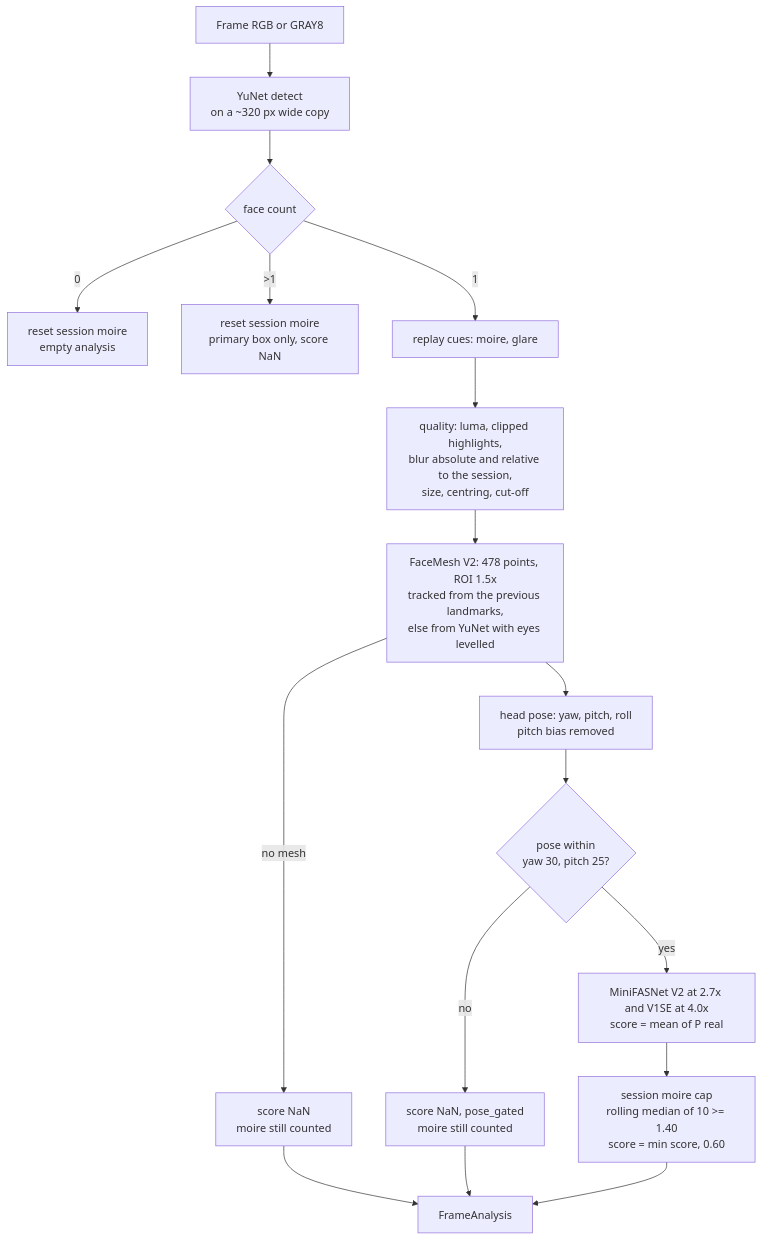
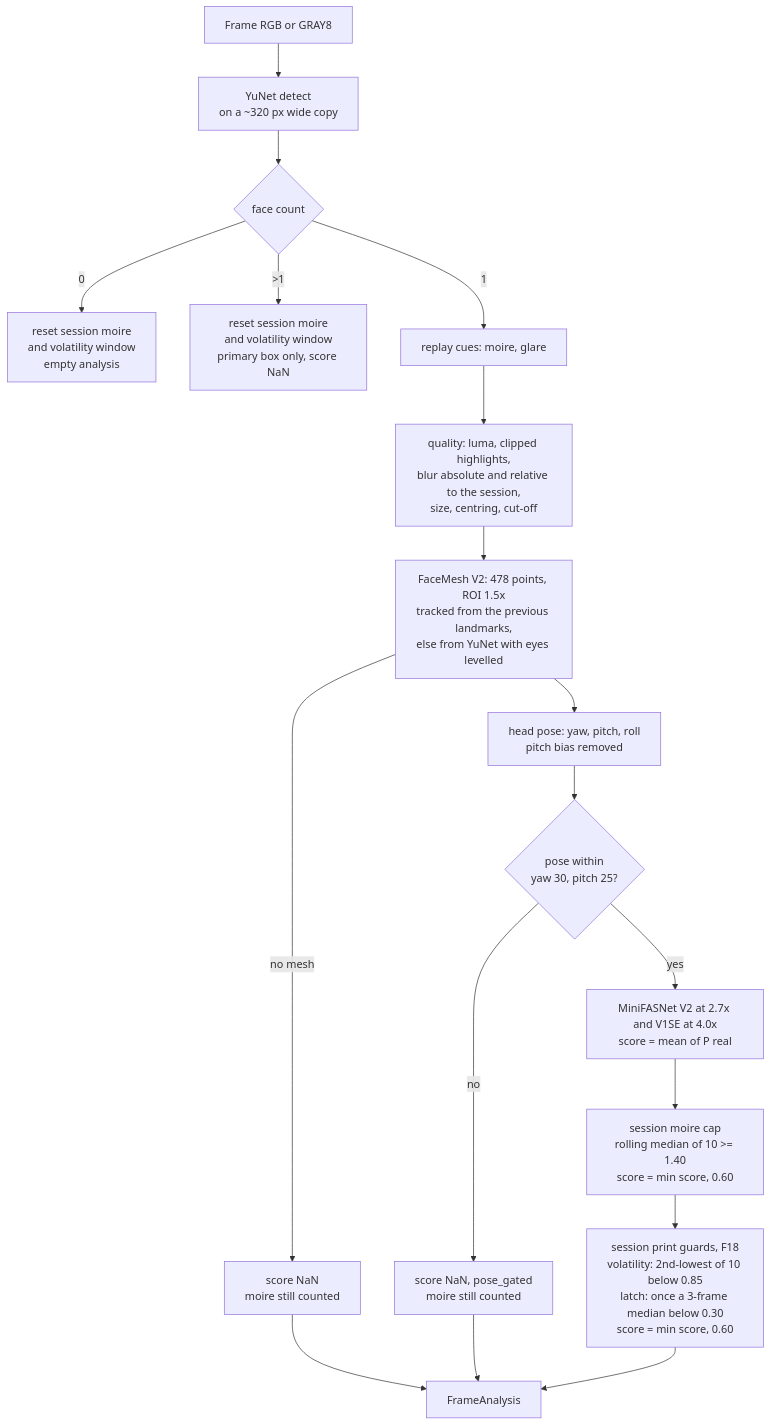
Before and after one commit to ChadDadChag/Mosip26: the first of 4 diagrams in docs/part2-pad-architecture.md, drawn with Mermaid. The commit also changed other lines of this file and 5 other files, not shown here.

````diff
--- a/docs/part2-pad-architecture.md
+++ b/docs/part2-pad-architecture.md
@@ -13,19 +13,20 @@
 ```mermaid
 flowchart TD
     F[Frame RGB or GRAY8] --> D[YuNet detect<br/>on a ~320 px wide copy]
     D --> C{face count}
-    C -- 0 --> R0[reset session moire<br/>empty analysis]
-    C -- ">1" --> R2[reset session moire<br/>primary box only, score NaN]
+    C -- 0 --> R0[reset session moire<br/>and volatility window<br/>empty analysis]
+    C -- ">1" --> R2[reset session moire<br/>and volatility window<br/>primary box only, score NaN]
     C -- 1 --> RC[replay cues: moire, glare]
     RC --> Q[quality: luma, clipped highlights,<br/>blur absolute and relative to the session,<br/>size, centring, cut-off]
     Q --> M[FaceMesh V2: 478 points, ROI 1.5x<br/>tracked from the previous landmarks,<br/>else from YuNet with eyes levelled]
     M -- no mesh --> NM[score NaN<br/>moire still counted]
     M --> P[head pose: yaw, pitch, roll<br/>pitch bias removed]
     P --> G{pose within<br/>yaw 30, pitch 25?}
     G -- no --> PG[score NaN, pose_gated<br/>moire still counted]
     G -- yes --> PAD[MiniFASNet V2 at 2.7x and V1SE at 4.0x<br/>score = mean of P real]
     PAD --> CAP[session moire cap<br/>rolling median of 10 >= 1.40<br/>score = min score, 0.60]
-    CAP --> FA[FrameAnalysis]
+    CAP --> GU[session print guards, F18<br/>volatility: 2nd-lowest of 10 below 0.85<br/>latch: once a 3-frame median below 0.30<br/>score = min score, 0.60]
+    GU --> FA[FrameAnalysis]
     NM --> FA
     PG --> FA
 ```
````
